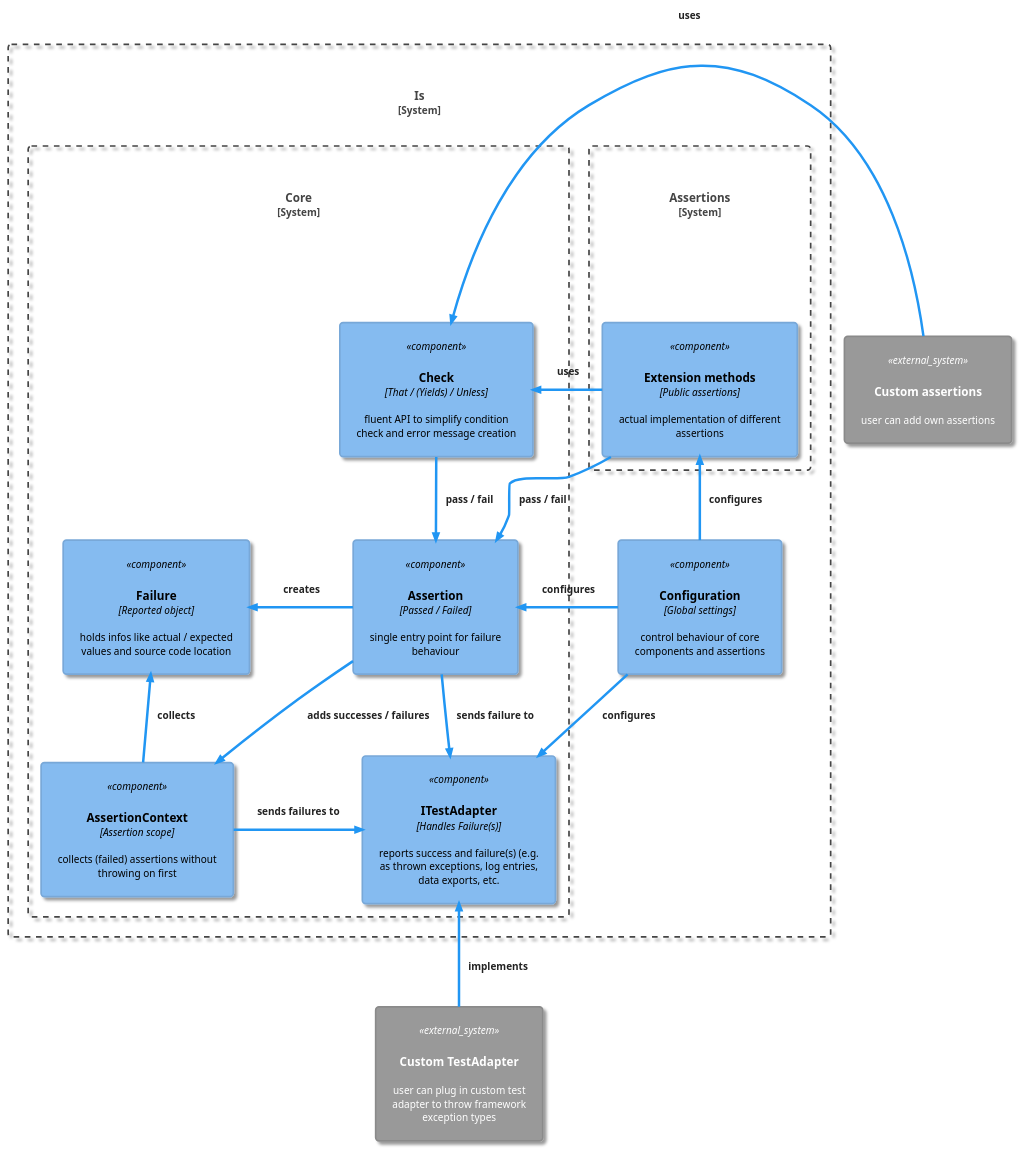
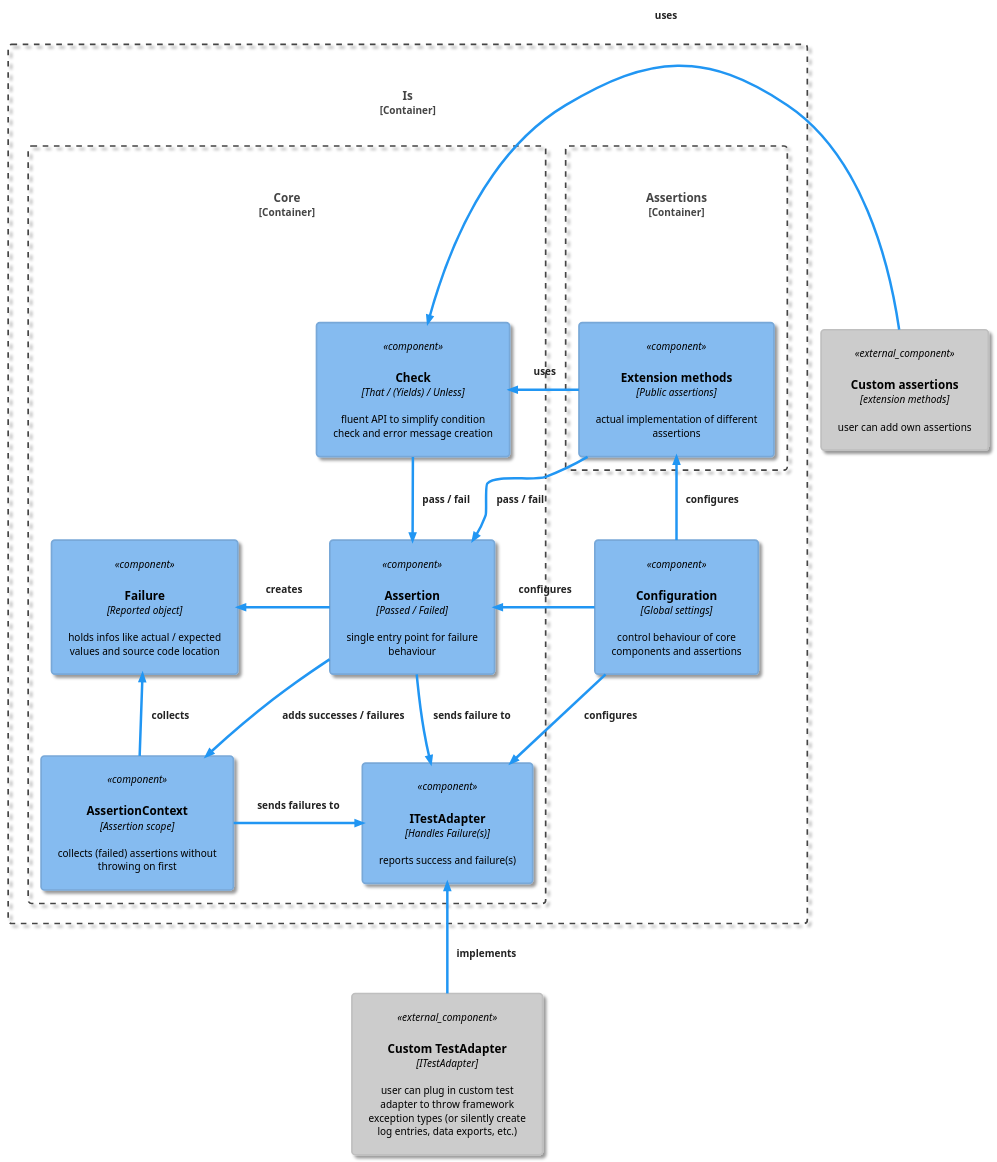
The diagram in Docs/Architecture.plantuml (chrismo80/Is), drawn with PlantUML before and after one commit. The commit also changed 1 other file, not shown here.

```diff
--- a/Docs/Architecture.plantuml
+++ b/Docs/Architecture.plantuml
@@ -1,45 +1,45 @@
 @startuml "Architecture"
 
 !include <C4/C4_Component>
 
 !theme materia
 
-System_Ext(ca, "Custom assertions", "user can add own assertions")
-System_Ext(cta, "Custom TestAdapter", "user can plug in custom test adapter to throw framework exception types")
+Component_Ext(ca, "Custom assertions", "extension methods", "user can add own assertions")
+Component_Ext(cta, "Custom TestAdapter", "ITestAdapter", "user can plug in custom test adapter to throw framework exception types (or silently create log entries, data exports, etc.)")
 
-System_Boundary(Is, "Is") {
+Container_Boundary(Is, "Is") {
     Component(conf, "Configuration", "Global settings", "control behaviour of core components and assertions")
 
-    System_Boundary(Assertions, "Assertions") {
+    Container_Boundary(Assertions, "Assertions") {
         Component(ext, "Extension methods", "Public assertions", "actual implementation of different assertions")
         }
 
-    System_Boundary(Core, "Core") {
+    Container_Boundary(Core, "Core") {
         Component(ass, "Assertion", "Passed / Failed", "single entry point for failure behaviour")
         Component(check, "Check", "That / (Yields) / Unless", "fluent API to simplify condition check and error message creation")
         Component(ctx, "AssertionContext", "Assertion scope", "collects (failed) assertions without throwing on first")
-        Component(ita, "ITestAdapter", "Handles Failure(s)", "reports success and failure(s) (e.g. as thrown exceptions, log entries, data exports, etc.")
+        Component(ita, "ITestAdapter", "Handles Failure(s)", "reports success and failure(s)")
         Component(fail, "Failure", "Reported object", "holds infos like actual / expected values and source code location")
         }
     }
 }
 
 Rel(ass, ita, "sends failure to")
 Rel_R(ass, fail, "creates")
 Rel_U(ctx, fail, "collects")
 Rel_U(cta, ita, "implements")
 
 Rel_U(ext, check, "uses")
 Rel(ext, ass, "pass / fail")
 Rel_L(ca, check, "uses")
 
 Rel_L(ctx, ita, "sends failures to")
 
 Rel(check, ass, "pass / fail")
 Rel(ass, ctx, "adds successes / failures")
 
 Rel_U(conf, ext, "configures")
 Rel_R(conf, ass, "configures")
 Rel(conf, ita, "configures")
 
 @enduml
```
